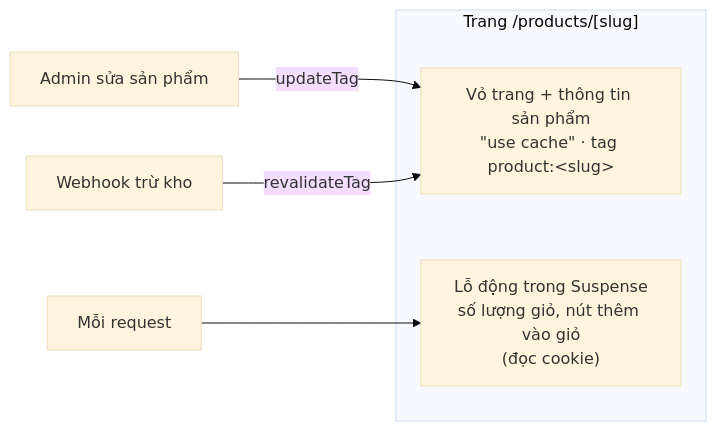
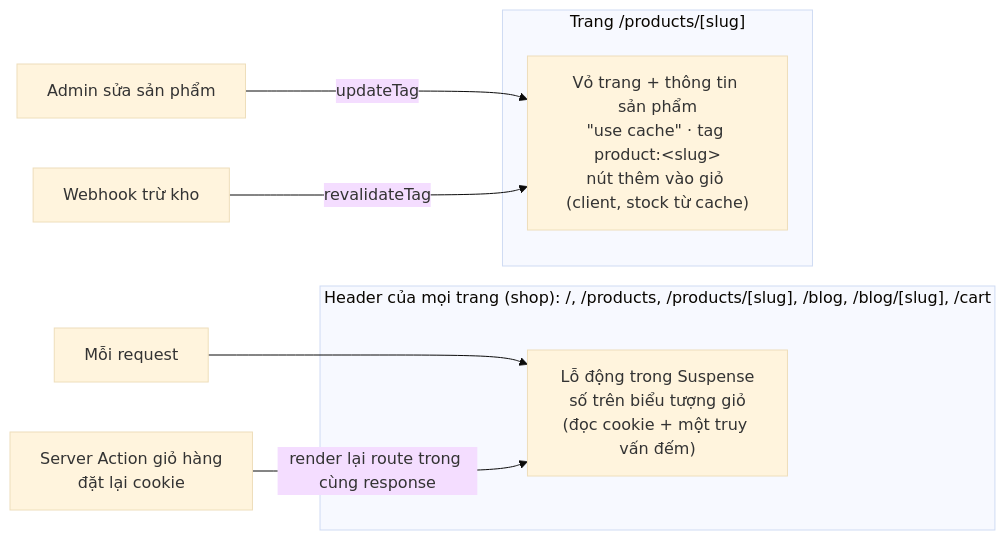
Before and after one commit to chinhpham208/next-store: the fourth of 6 diagrams in docs/architecture.md, drawn with Mermaid (base theme). The commit also changed other lines of this file and 8 other files, not shown here.

First line of the commit message:
NS-86 ADR-0014 giỏ hàng và ADR-0015 giới hạn tốc độ ở biên (#66)

````diff
--- a/docs/architecture.md
+++ b/docs/architecture.md
@@ -90,10 +90,14 @@
 ```mermaid
 flowchart LR
+  subgraph layout["Header của mọi trang (shop): /, /products, /products/[slug], /blog, /blog/[slug], /cart"]
+    hole["Lỗ động trong Suspense<br/>số trên biểu tượng giỏ<br/>(đọc cookie + một truy vấn đếm)"]
+  end
   subgraph page["Trang /products/[slug]"]
-    shell["Vỏ trang + thông tin sản phẩm<br/>&quot;use cache&quot; · tag product:&lt;slug&gt;"]
-    hole["Lỗ động trong Suspense<br/>số lượng giỏ, nút thêm vào giỏ<br/>(đọc cookie)"]
+    shell["Vỏ trang + thông tin sản phẩm<br/>&quot;use cache&quot; · tag product:&lt;slug&gt;<br/>nút thêm vào giỏ (client, stock từ cache)"]
   end
+  action["Server Action giỏ hàng<br/>đặt lại cookie"]
   edit["Admin sửa sản phẩm"] -->|updateTag| shell
   paid["Webhook trừ kho"] -->|revalidateTag| shell
   req["Mỗi request"] --> hole
+  action -->|render lại route trong cùng response| hole
 ```
````
